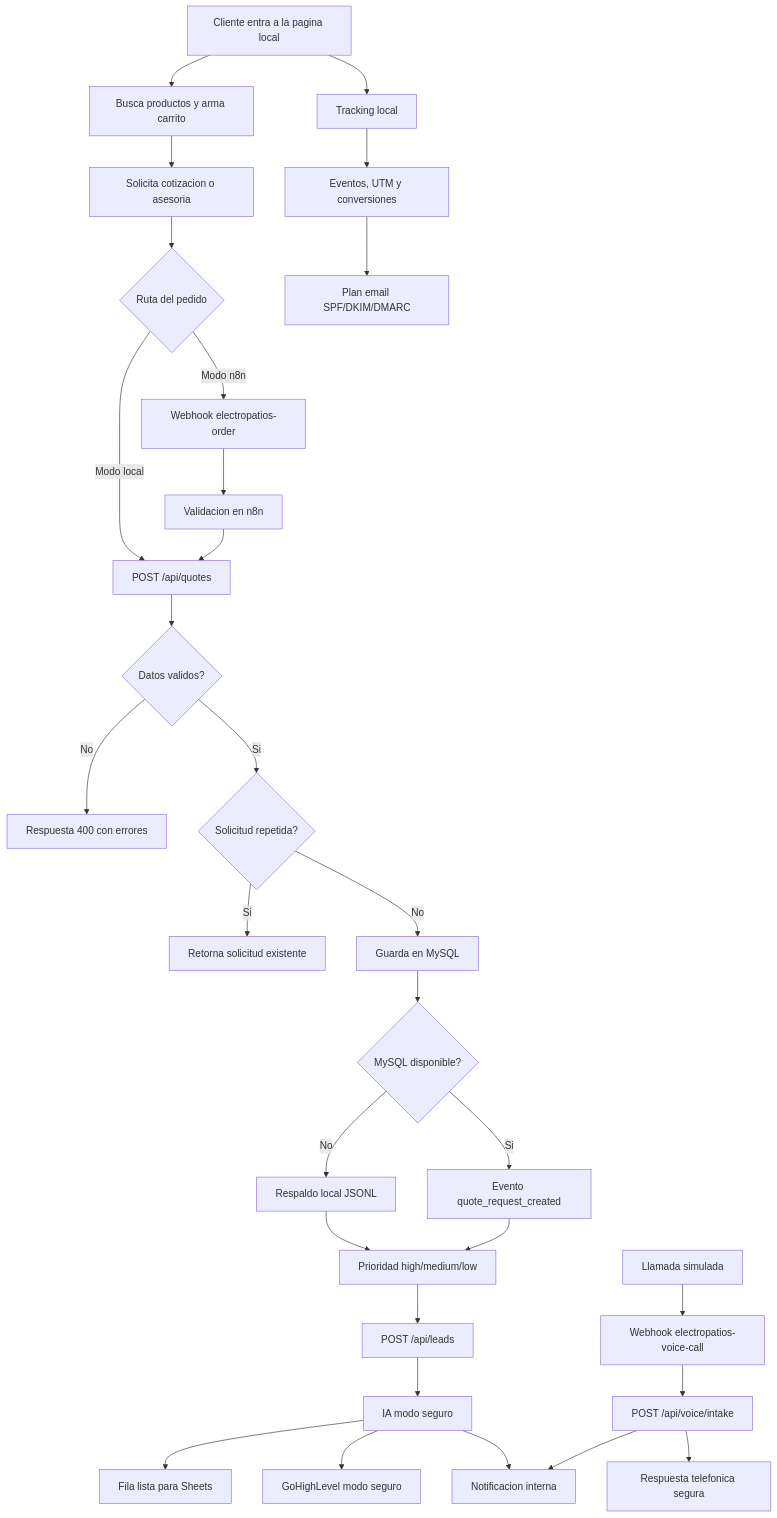
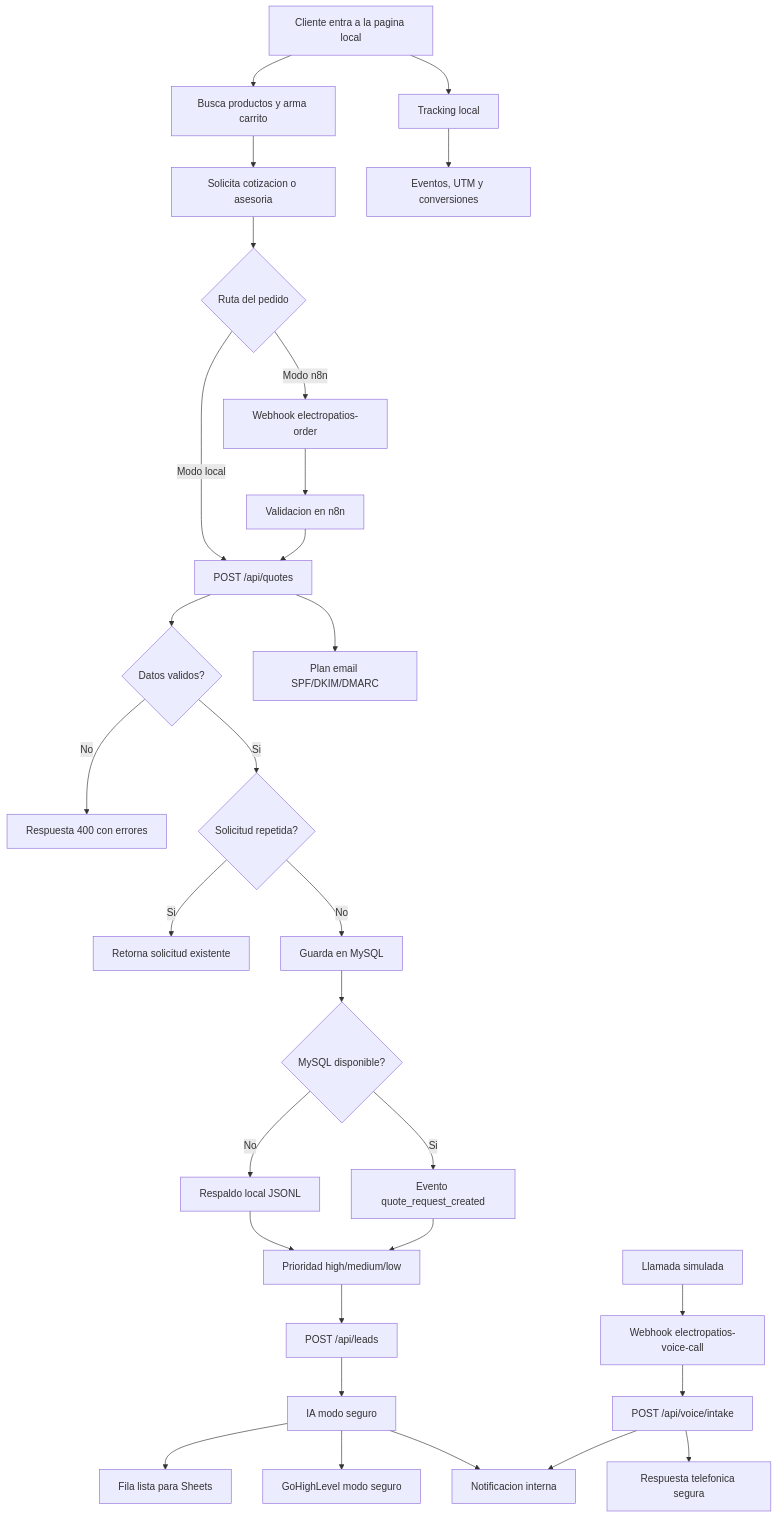
The diagram in docs/architecture.md (deyson24ivan/electropatios-quote-system), drawn with Mermaid before and after one commit. The commit also changed other lines of this file and 15 other files, not shown here.

````diff
--- a/docs/architecture.md
+++ b/docs/architecture.md
@@ -7,32 +7,32 @@
 ```mermaid
 flowchart TD
   A["Cliente entra a la pagina local"] --> B["Busca productos y arma carrito"]
   B --> C["Solicita cotizacion o asesoria"]
   C --> D{"Ruta del pedido"}
   D -- "Modo local" --> E["POST /api/quotes"]
   D -- "Modo n8n" --> F["Webhook electropatios-order"]
   F --> G["Validacion en n8n"]
   G --> E
   E --> H{"Datos validos?"}
   H -- "No" --> I["Respuesta 400 con errores"]
   H -- "Si" --> J{"Solicitud repetida?"}
   J -- "Si" --> K["Retorna solicitud existente"]
   J -- "No" --> L["Guarda en MySQL"]
   L --> M{"MySQL disponible?"}
   M -- "No" --> N["Respaldo local JSONL"]
   M -- "Si" --> O["Evento quote_request_created"]
   N --> P["Prioridad high/medium/low"]
   O --> P
   P --> Q["POST /api/leads"]
   Q --> R["IA modo seguro"]
   R --> S["Fila lista para Sheets"]
   R --> T["GoHighLevel modo seguro"]
   R --> U["Notificacion interna"]
   A --> Z["Tracking local"]
   Z --> AA["Eventos, UTM y conversiones"]
-  AA --> AB["Plan email SPF/DKIM/DMARC"]
+  E --> AB["Plan email SPF/DKIM/DMARC"]
   V["Llamada simulada"] --> W["Webhook electropatios-voice-call"]
   W --> X["POST /api/voice/intake"]
   X --> Y["Respuesta telefonica segura"]
   X --> U
 ```
````
